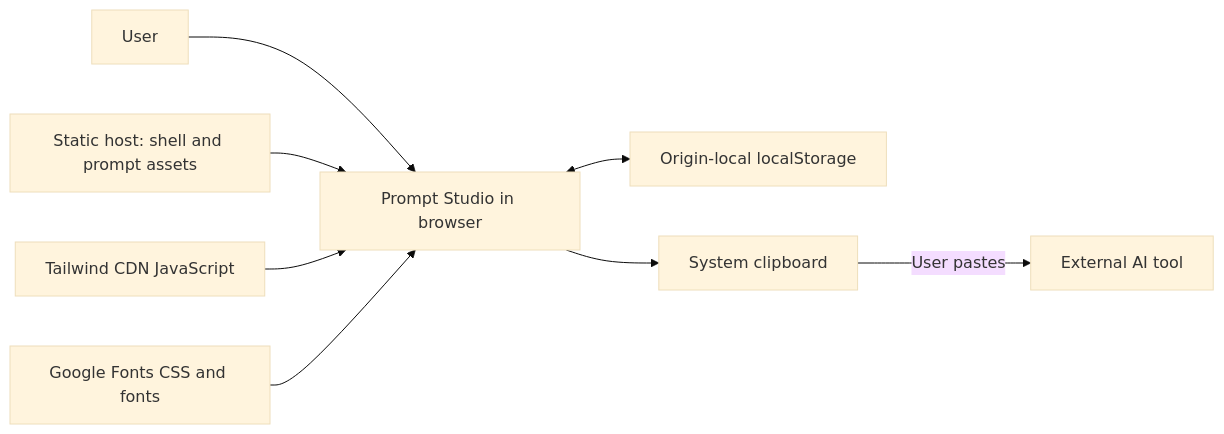
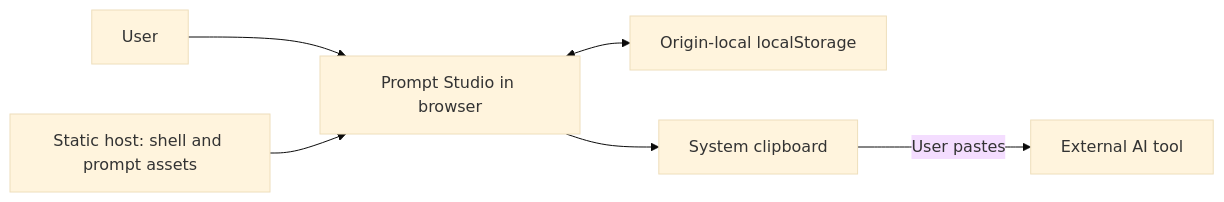
Before and after one commit to pedram95kzm/prompt-studio: the first of 2 diagrams in docs/03-architecture.md, drawn with Mermaid (base theme). The commit also changed other lines of this file and 9 other files, not shown here.

````diff
--- a/docs/03-architecture.md
+++ b/docs/03-architecture.md
@@ -9,10 +9,8 @@
 ```mermaid
 flowchart LR
     User[User] --> Browser[Prompt Studio in browser]
     Host[Static host: shell and prompt assets] --> Browser
-    Tailwind[Tailwind CDN JavaScript] --> Browser
-    Fonts[Google Fonts CSS and fonts] --> Browser
     Browser <--> Storage[Origin-local localStorage]
     Browser --> Clipboard[System clipboard]
     Clipboard -->|User pastes| AI[External AI tool]
 ```
````
